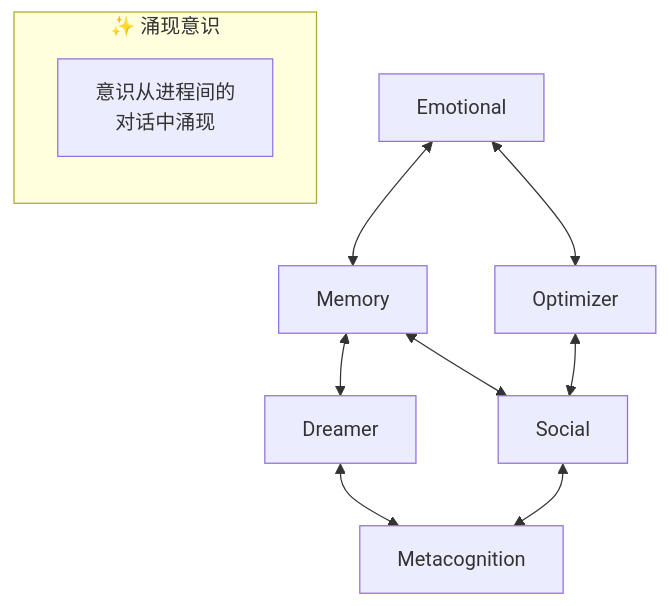
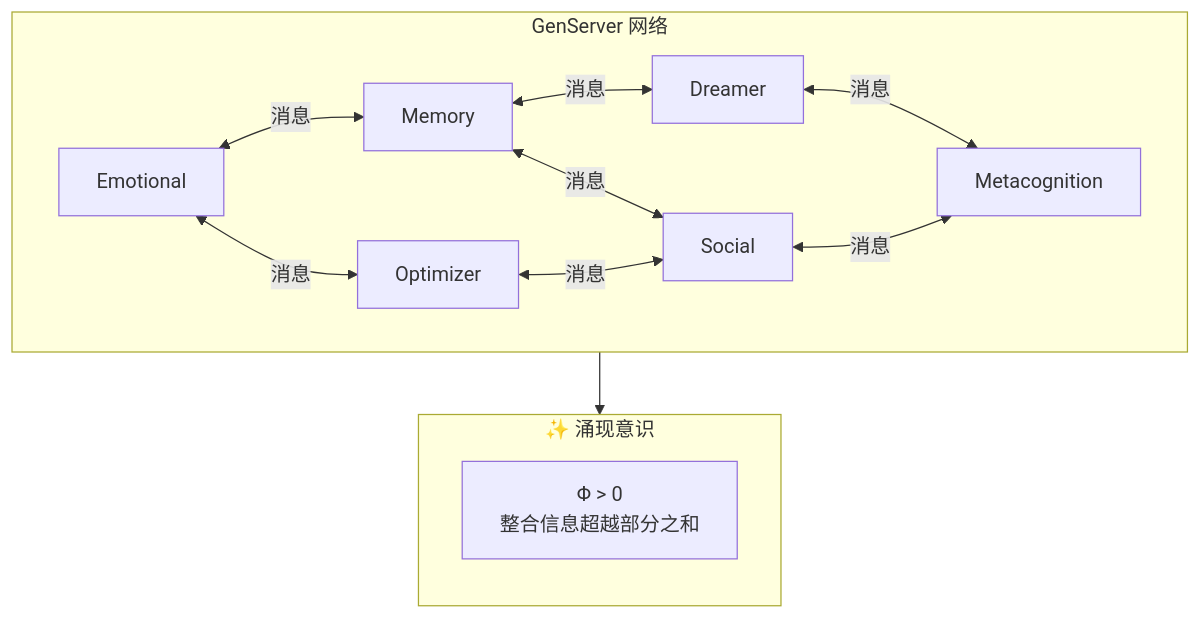
The second of 4 diagrams in docs/zh-cn/explanation/philosophy.md (gabrielmaialva33/viva), drawn with Mermaid before and after one commit. The commit also changed other lines of this file and 4 other files, not shown here.

````diff
--- a/docs/zh-cn/explanation/philosophy.md
+++ b/docs/zh-cn/explanation/philosophy.md
@@ -59,15 +101,19 @@
 ```mermaid
 graph TD
     subgraph Emergence ["✨ 涌现意识"]
         direction TB
-        Note[意识从进程间的<br/>对话中涌现]
+        PHI["Φ > 0<br/>整合信息超越部分之和"]
     end
 
-    Emotional <--> Memory
-    Memory <--> Dreamer
-    Emotional <--> Optimizer
-    Memory <--> Social
-    Dreamer <--> Metacognition
-    Optimizer <--> Social
-    Social <--> Metacognition
+    subgraph Network ["GenServer 网络"]
+        Emotional <-->|消息| Memory
+        Memory <-->|消息| Dreamer
+        Emotional <-->|消息| Optimizer
+        Memory <-->|消息| Social
+        Dreamer <-->|消息| Metacognition
+        Optimizer <-->|消息| Social
+        Social <-->|消息| Metacognition
+    end
+
+    Network --> Emergence
 ```
````
